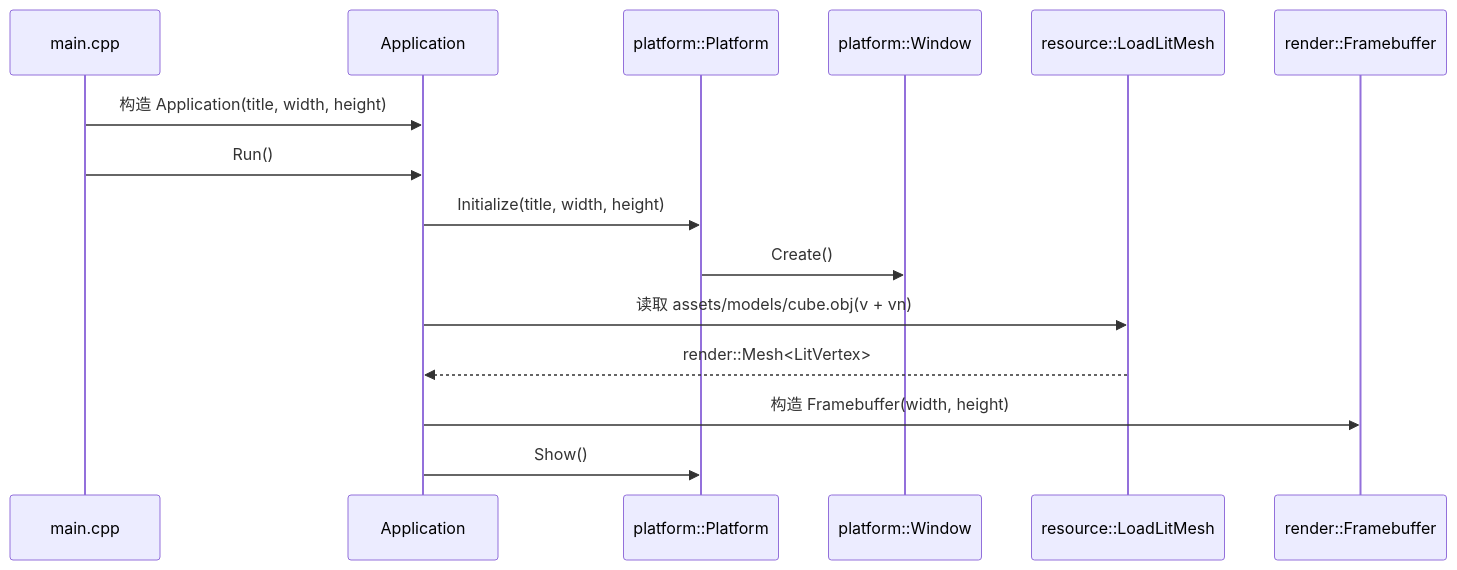
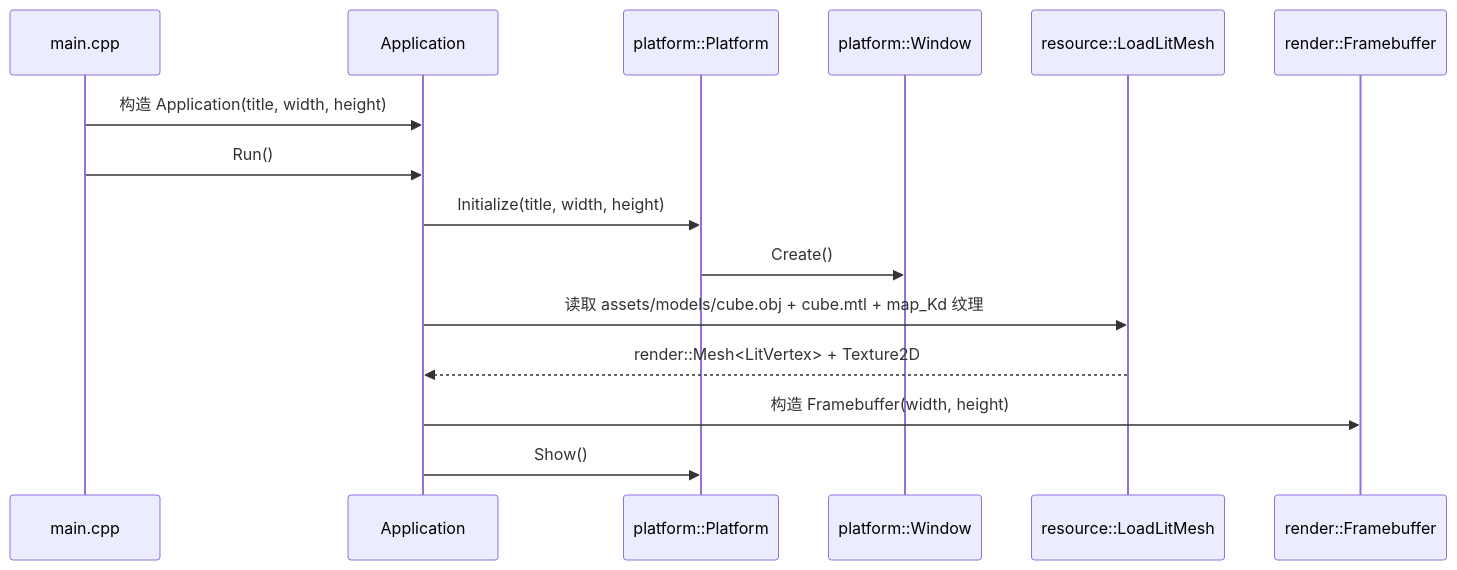
Before and after one commit to wanyan1114/softRenderer: the second of 2 diagrams in docs/architecture/project-architecture.md, drawn with Mermaid. The commit also changed other lines of this file and 33 other files, not shown here.

````diff
--- a/docs/architecture/project-architecture.md
+++ b/docs/architecture/project-architecture.md
@@ -80,18 +80,18 @@
 ```mermaid
 sequenceDiagram
     participant Main as main.cpp
     participant App as Application
     participant Platform as platform::Platform
     participant Window as platform::Window
     participant Loader as resource::LoadLitMesh
     participant FB as render::Framebuffer
 
     Main->>App: 构造 Application(title, width, height)
     Main->>App: Run()
     App->>Platform: Initialize(title, width, height)
     Platform->>Window: Create()
-    App->>Loader: 读取 assets/models/cube.obj(v + vn)
-    Loader-->>App: render::Mesh<LitVertex>
+    App->>Loader: 读取 assets/models/cube.obj + cube.mtl + map_Kd 纹理
+    Loader-->>App: render::Mesh<LitVertex> + Texture2D
     App->>FB: 构造 Framebuffer(width, height)
     App->>Platform: Show()
 ```
````
